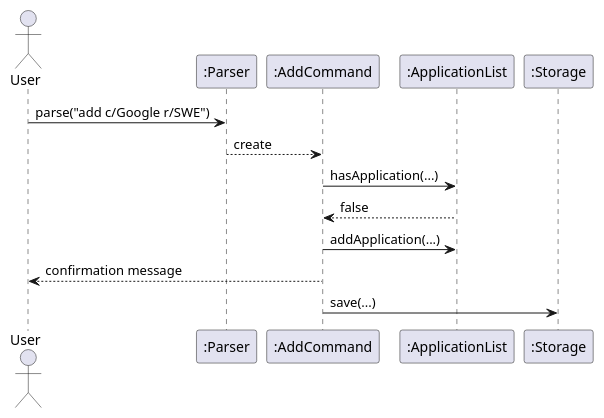
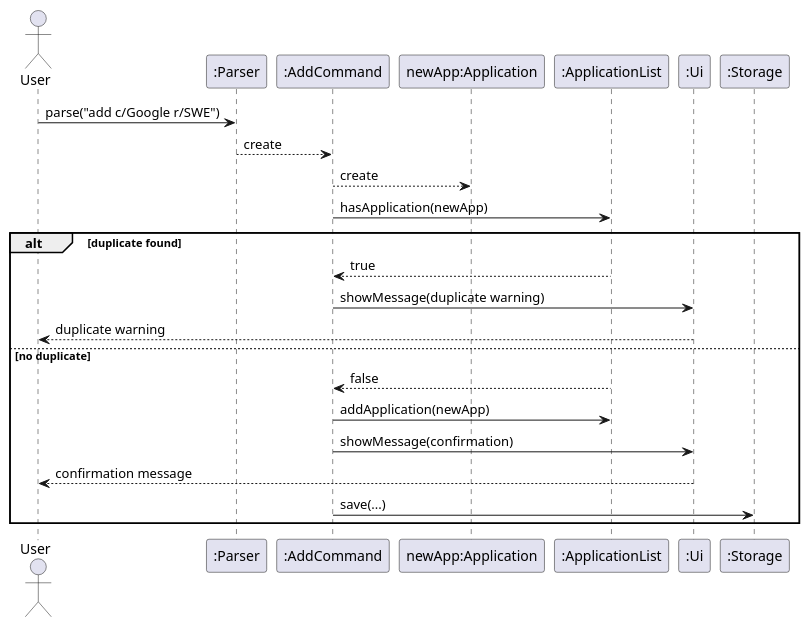
One commit to eugenia-cnl-lee/tp changed the diagram in docs/diagrams/AaravAddCommandSequence.puml. Above: the diagram before and after it, drawn with PlantUML. The commit also changed 12 other files, not shown here.

Commit message:
fix Developer Guide and diagrams

```diff
--- a/docs/diagrams/AaravAddCommandSequence.puml
+++ b/docs/diagrams/AaravAddCommandSequence.puml
@@ -1,16 +1,28 @@
 @startuml
 actor User
 participant ":Parser" as P
 participant ":AddCommand" as AC
+participant "newApp:Application" as APP
 participant ":ApplicationList" as AL
+participant ":Ui" as UI
 participant ":Storage" as S
 
 User -> P : parse("add c/Google r/SWE")
 P --> AC : create
 
-AC -> AL : hasApplication(...)
-AL --> AC : false
-AC -> AL : addApplication(...)
-AC --> User : confirmation message
-AC -> S : save(...)
+AC --> APP : create
+
+AC -> AL : hasApplication(newApp)
+
+alt duplicate found
+    AL --> AC : true
+    AC -> UI : showMessage(duplicate warning)
+    UI --> User : duplicate warning
+else no duplicate
+    AL --> AC : false
+    AC -> AL : addApplication(newApp)
+    AC -> UI : showMessage(confirmation)
+    UI --> User : confirmation message
+    AC -> S : save(...)
+end
 @enduml
```
